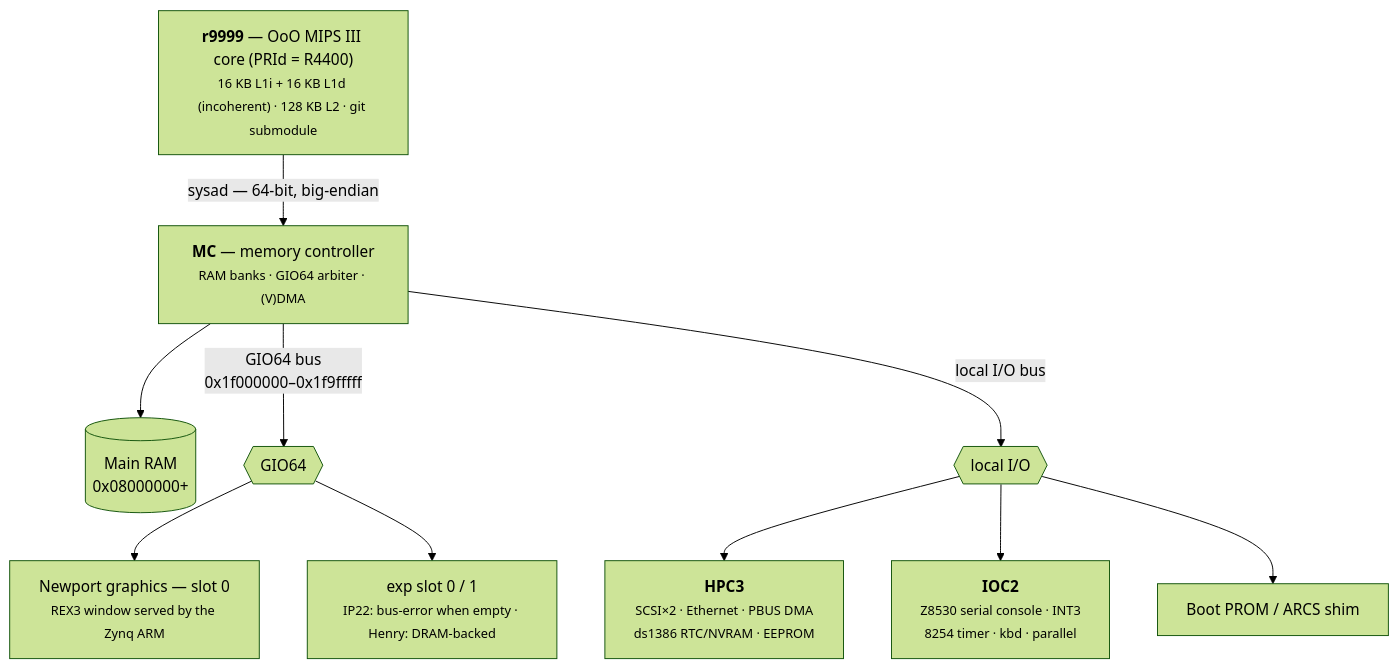
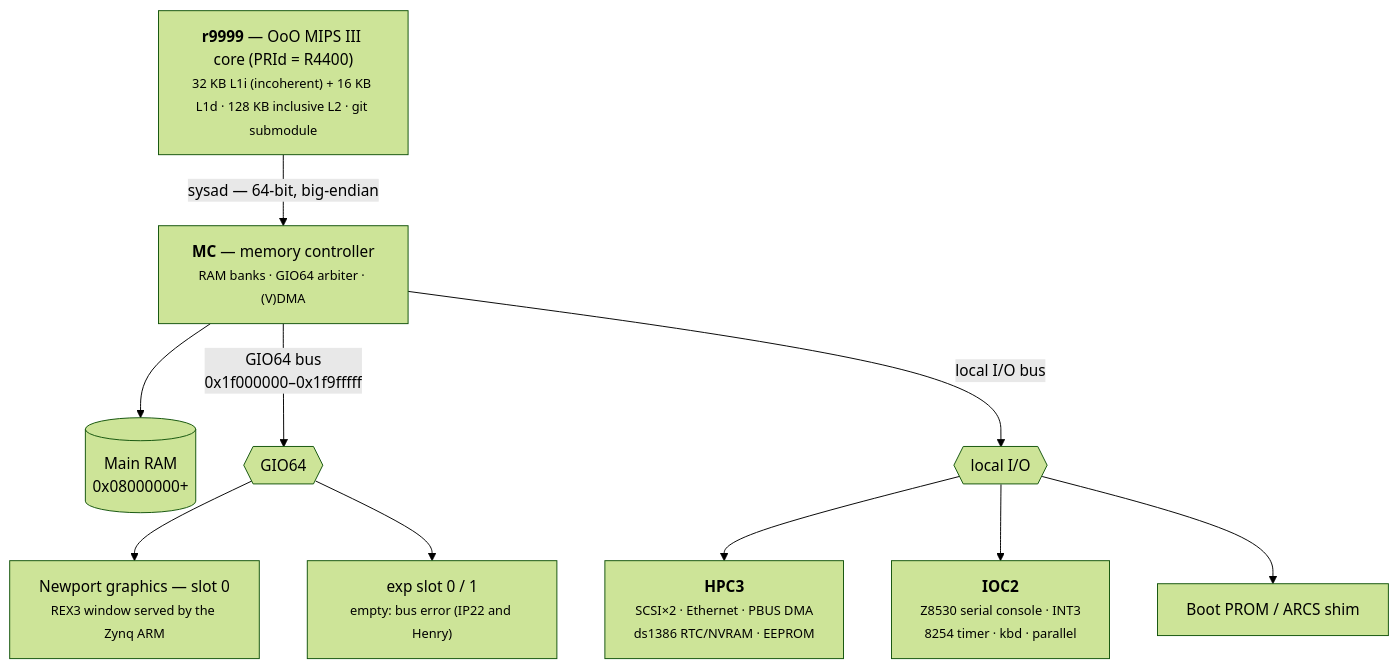
The diagram in docs/index.md (dsheffie/C16H10N2O2), drawn with Mermaid (forest theme) before and after one commit. The commit also changed other lines of this file and 28 other files, not shown here.

````diff
--- a/docs/index.md
+++ b/docs/index.md
@@ -24,13 +24,13 @@
 ```mermaid
 flowchart TD
-    CPU["<b>r9999</b> — OoO MIPS III core (PRId = R4400)<br/><small>16 KB L1i + 16 KB L1d (incoherent) · 128 KB L2 · git submodule</small>"]
+    CPU["<b>r9999</b> — OoO MIPS III core (PRId = R4400)<br/><small>32 KB L1i (incoherent) + 16 KB L1d · 128 KB inclusive L2 · git submodule</small>"]
     CPU -->|"sysad — 64-bit, big-endian"| MC["<b>MC</b> — memory controller<br/><small>RAM banks · GIO64 arbiter · (V)DMA</small>"]
     MC --> RAM[("Main RAM<br/>0x08000000+")]
     MC -->|"GIO64 bus<br/>0x1f000000–0x1f9fffff"| GIO{{GIO64}}
     GIO --> GFX["Newport graphics — slot 0<br/><small>REX3 window served by the Zynq ARM</small>"]
-    GIO --> EXP["exp slot 0 / 1<br/><small>IP22: bus-error when empty · Henry: DRAM-backed</small>"]
+    GIO --> EXP["exp slot 0 / 1<br/><small>empty: bus error (IP22 and Henry)</small>"]
     MC -->|local I/O bus| LIO{{local I/O}}
     LIO --> HPC3["<b>HPC3</b><br/><small>SCSI×2 · Ethernet · PBUS DMA<br/>ds1386 RTC/NVRAM · EEPROM</small>"]
     LIO --> IOC2["<b>IOC2</b><br/><small>Z8530 serial console · INT3<br/>8254 timer · kbd · parallel</small>"]
     LIO --> PROM["Boot PROM / ARCS shim"]
 ```
````
